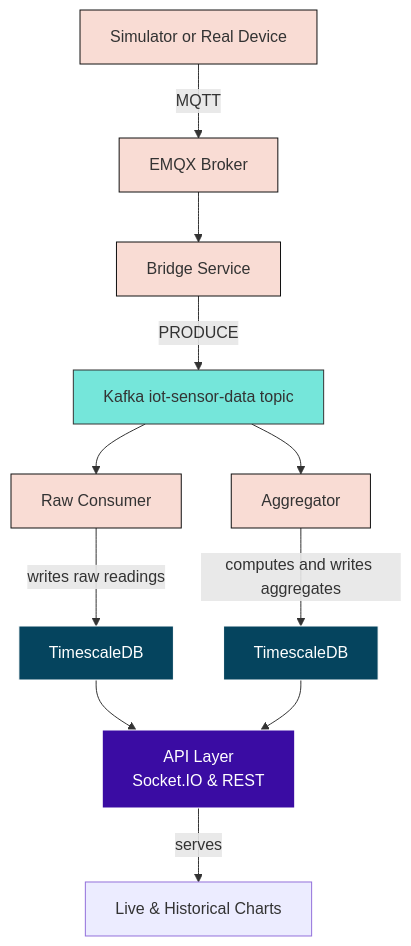
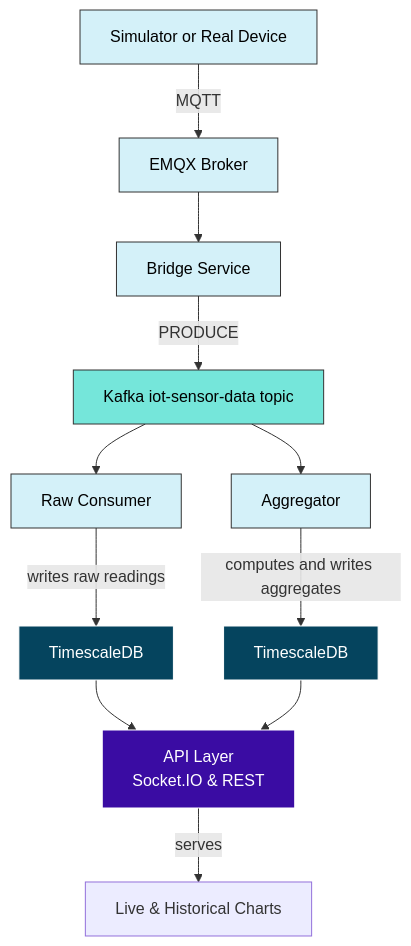
The fourth of 5 diagrams in README.md (ARYAN-095/NebulaFlow-Real-Time-Event-Processing-Platform-), drawn with Mermaid before and after one commit. The commit also changed other lines of this file, not shown here.

````diff
--- a/README.md
+++ b/README.md
@@ -260,23 +260,23 @@
 ```mermaid
 graph TD
     A[Simulator or Real Device] -->|MQTT| B[EMQX Broker]
     B --> C[Bridge Service]
     C -->|PRODUCE| D[Kafka iot-sensor-data topic]
     D --> E[Raw Consumer]
     D --> F[Aggregator]
     E -->|writes raw readings| G[TimescaleDB]
     F -->|computes and writes aggregates| H[TimescaleDB]
     G --> I[API Layer]
     H --> I
     I[API Layer\nSocket.IO & REST] -->|serves| J[Live & Historical Charts]
     
-    classDef process fill:#f9dcd4,stroke:#111;
+    classDef process fill:#d4f1f9,stroke:#333,color:#000;
     classDef db fill:#05445e,stroke:#fff,color:#fff;
-    classDef queue fill:#75e6da,stroke:#333;
+    classDef queue fill:#75e6da,stroke:#333,color:#000;
     classDef api fill:#3a0ca3,stroke:#fff,color:#fff;
     
     class A,B,C,E,F process;
     class D queue;
     class G,H db;
     class I api;
 ```
````
